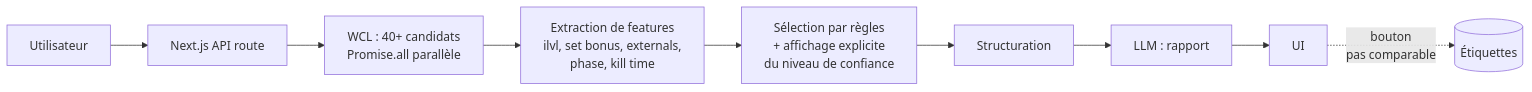
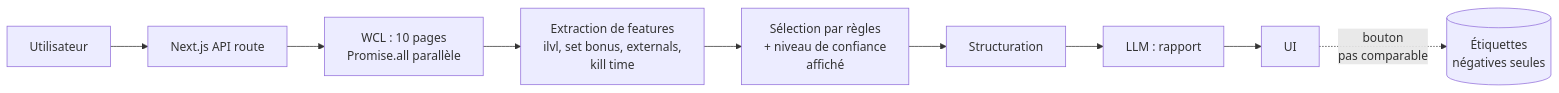
Before and after one commit to lafonth/LogLense: the fifth of 8 diagrams in ia-ml-architecture.md, drawn with Mermaid. The commit also changed other lines of this file and 31 other files, not shown here.

````diff
--- a/ia-ml-architecture.md
+++ b/ia-ml-architecture.md
@@ -157,11 +186,11 @@
 ```mermaid
 flowchart LR
     U[Utilisateur] --> N[Next.js API route]
-    N --> W["WCL : 40+ candidats<br/>Promise.all parallèle"]
-    W --> FEAT["Extraction de features<br/>ilvl, set bonus, externals,<br/>phase, kill time"]
-    FEAT --> RULE["Sélection par règles<br/>+ affichage explicite<br/>du niveau de confiance"]
+    N --> W["WCL : 10 pages<br/>Promise.all parallèle"]
+    W --> FEAT["Extraction de features<br/>ilvl, set bonus, externals,<br/>kill time"]
+    FEAT --> RULE["Sélection par règles<br/>+ niveau de confiance<br/>affiché"]
     RULE --> S[Structuration]
     S --> LLM[LLM : rapport]
     LLM --> UI[UI]
-    UI -.->|"bouton<br/>pas comparable"| DB[(Étiquettes)]
+    UI -.->|"bouton<br/>pas comparable"| DB[(Étiquettes<br/>négatives seules)]
 ```
````
